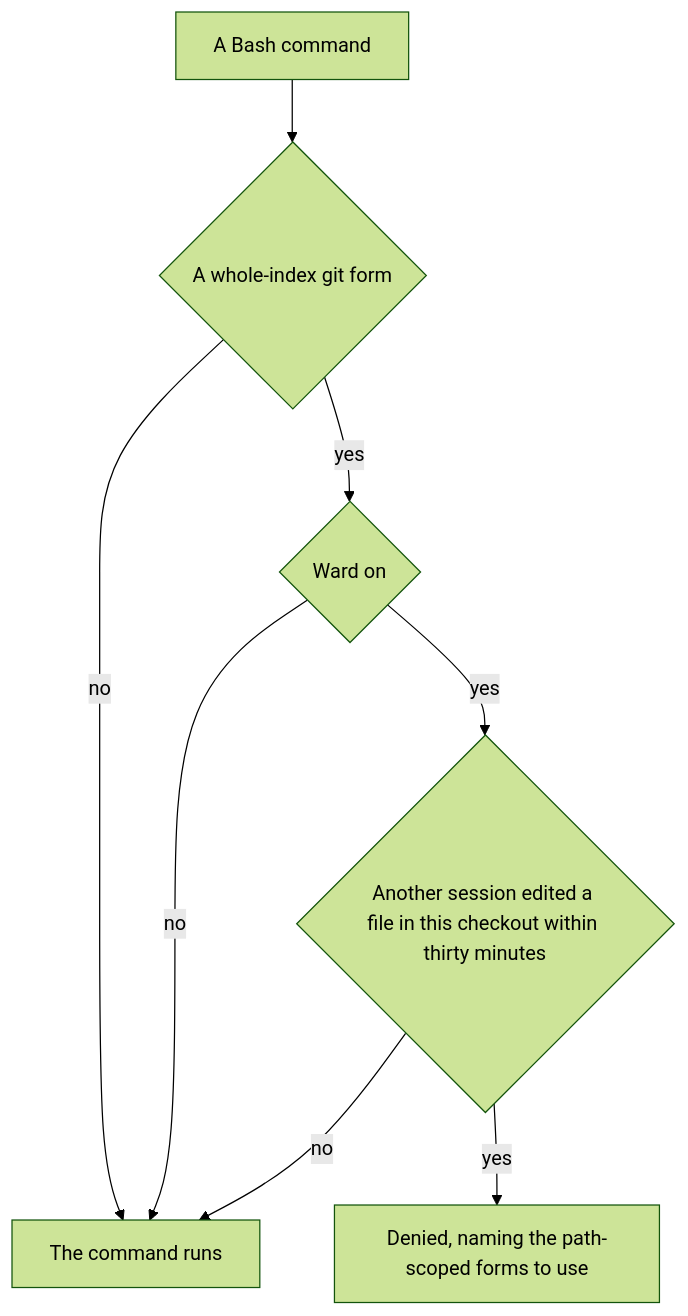
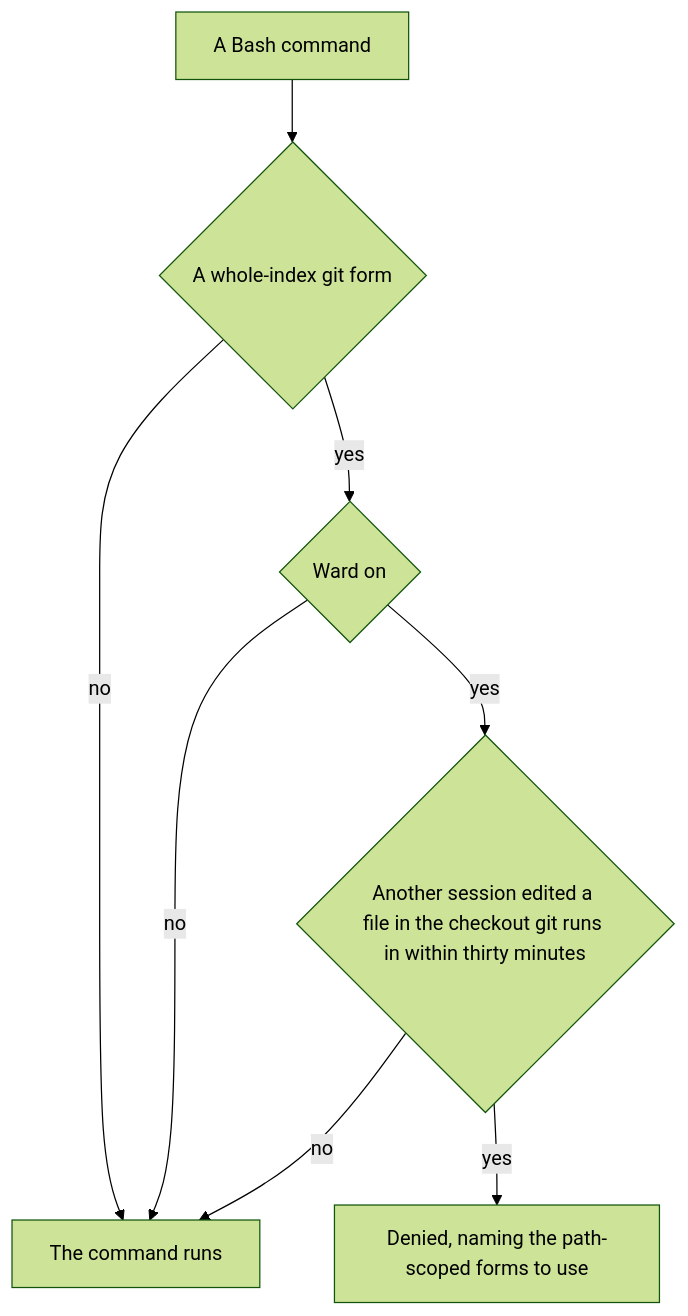
Before and after one commit to Esposter/Esposter: the diagram in apps/web/content/docs/infra/claude-interface/genshin-mods/whole-index.md, drawn with Mermaid (forest theme). The commit also changed other lines of this file and 6 other files, not shown here.

First line of the commit message:
fix(genshin-mods): the whole-index guard checks the checkout git runs in, past a cd and each -C, reads :/ and ./ as the whole checkout, and lets a reset naming a path with no separator through

````diff
--- a/apps/web/content/docs/infra/claude-interface/genshin-mods/whole-index.md
+++ b/apps/web/content/docs/infra/claude-interface/genshin-mods/whole-index.md
@@ -25,10 +25,10 @@
 ```mermaid
 flowchart TD
   Command[A Bash command] --> Form{A whole-index git form}
   Form -->|no| Run[The command runs]
   Form -->|yes| Ward{Ward on}
   Ward -->|no| Run
-  Ward -->|yes| Peer{Another session edited a file in this checkout within thirty minutes}
+  Ward -->|yes| Peer{Another session edited a file in the checkout git runs in within thirty minutes}
   Peer -->|no| Run
   Peer -->|yes| Deny[Denied, naming the path-scoped forms to use]
 ```
````
